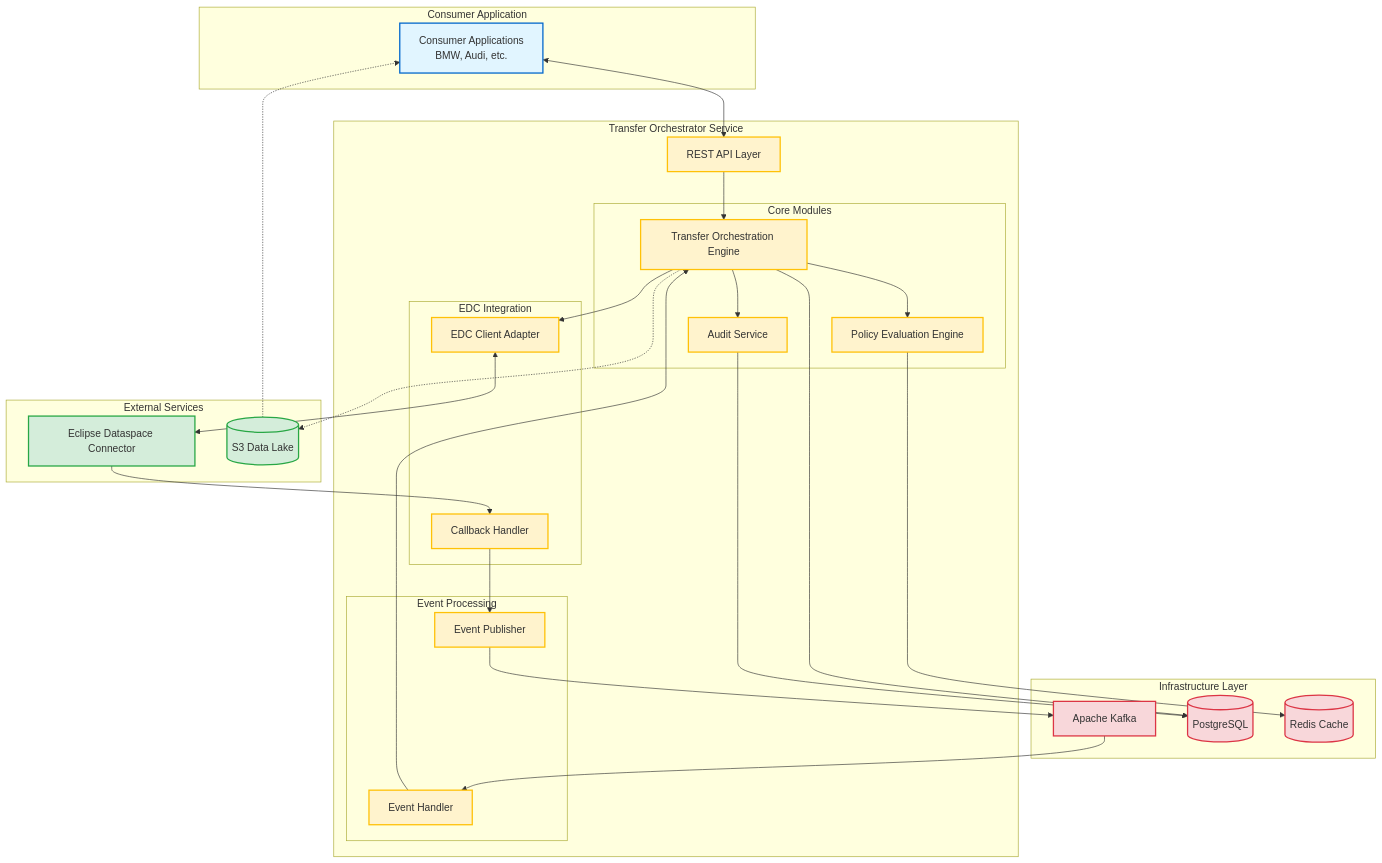
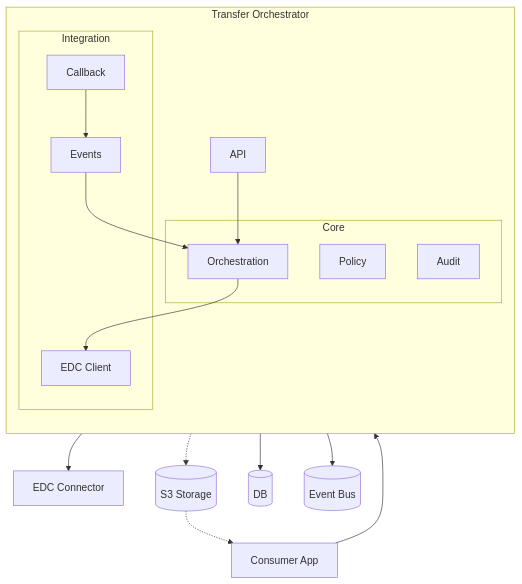
Before and after one commit to d-biswas/transfer-orchestrator: the first of 3 diagrams in architecture.md, drawn with Mermaid. The commit also changed other lines of this file, not shown here.

Commit message:
Made the component diagram much clean and high level

````diff
--- a/architecture.md
+++ b/architecture.md
@@ -15,75 +15,41 @@
 ```mermaid
 graph TB
-    subgraph Consumer["Consumer Application"]
-        BMW[Consumer Applications<br/>BMW, Audi, etc.]
-    end
+    %% Top Layer: Actor
+    Consumer[Consumer App]
 
-    subgraph Orchestrator["Transfer Orchestrator Service"]
-        API[REST API Layer]
-
-        subgraph Core["Core Modules"]
-            POLICY[Policy Evaluation Engine]
-            AUDIT[Audit Service]
-            TRANSFER[Transfer Orchestration Engine]
+    %% Middle Layer: Orchestrator
+    subgraph Orchestrator["Transfer Orchestrator"]
+        direction TB
+        API[API]
+        subgraph Core["Core"]
+            Orchestration[Orchestration]
+            Policy[Policy]
+            Audit[Audit]
         end
-
-        subgraph EDCInt["EDC Integration"]
-            EDC_CLIENT[EDC Client Adapter]
-            CALLBACK[Callback Handler]
-        end
-
-        subgraph Events["Event Processing"]
-            EVENT_PUBLISHER[Event Publisher]
-            EVENT_HANDLER[Event Handler]
+        subgraph Integration["Integration"]
+            EdcClient[EDC Client]
+            Callback[Callback]
+            Events[Events]
         end
     end
 
-    subgraph External["External Services"]
-        EDC[Eclipse Dataspace Connector]
-        S3[(S3 Data Lake)]
-    end
+    %% Right Layer: External systems
+    EDC[EDC Connector]
+    S3[(S3 Storage)]
 
-    subgraph Infra["Infrastructure Layer"]
-        KAFKA[Apache Kafka]
-        POSTGRES[(PostgreSQL)]
-        REDIS[(Redis Cache)]
-    end
+    %% Bottom Layer: Infra
+    DB[(DB)]
+    Kafka[(Event Bus)]
 
-    %% Consumer Interactions
-    BMW <--> API
-
-    %% Core Module Interactions
-    API --> TRANSFER
-    TRANSFER --> POLICY
-    TRANSFER --> AUDIT
-    TRANSFER --> EDC_CLIENT
-
-    %% EDC Integration
-    EDC_CLIENT <--> EDC
-    EDC --> CALLBACK
-
-    %% Event Processing
-    CALLBACK --> EVENT_PUBLISHER
-    EVENT_PUBLISHER --> KAFKA
-    KAFKA --> EVENT_HANDLER
-    EVENT_HANDLER --> TRANSFER
-
-    %% Data Delivery
-    TRANSFER -.-> S3
-    S3 -.-> BMW
-
-    %% Persistence
-    TRANSFER --> POSTGRES
-    AUDIT --> POSTGRES
-    POLICY --> REDIS
-
-    classDef consumer fill:#e1f5ff,stroke:#0066cc,stroke-width:2px
-    classDef orchestrator fill:#fff3cd,stroke:#ffc107,stroke-width:2px
-    classDef external fill:#d4edda,stroke:#28a745,stroke-width:2px
-    classDef infra fill:#f8d7da,stroke:#dc3545,stroke-width:2px
-
-    class BMW consumer
-    class API,POLICY,AUDIT,TRANSFER,EDC_CLIENT,CALLBACK,EVENT_PUBLISHER,EVENT_HANDLER orchestrator
-    class EDC,S3 external
-    class KAFKA,POSTGRES,REDIS infra
+    %% High-level flows
+    Consumer --> API
+    API --> Orchestration
+    Orchestration --> EdcClient
+    EdcClient --> EDC
+    Callback --> Events
+    Events --> Orchestration
+    Orchestration --> DB
+    Events --> Kafka
+    Orchestration -.-> S3
+    S3 -.-> Consumer
 ```
````
